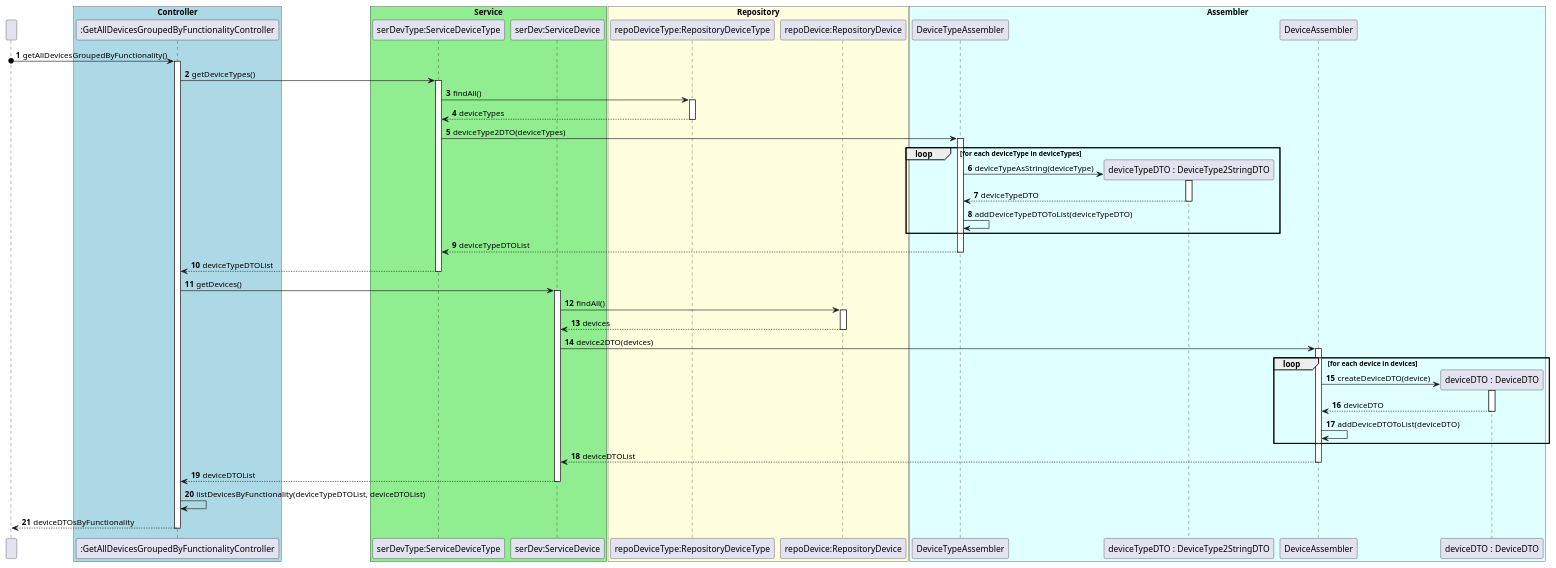
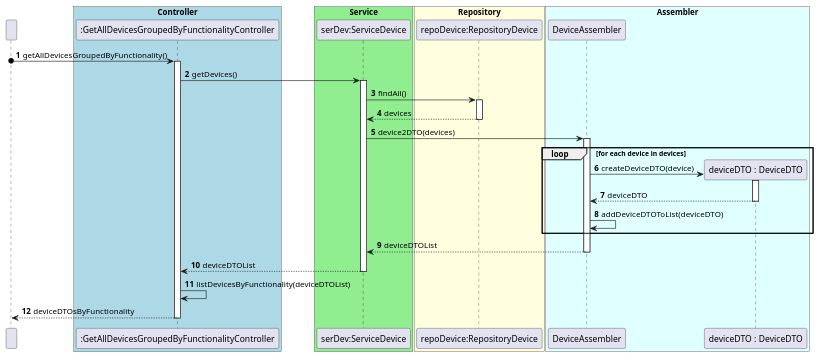
One commit to olivDiogo/SmartHome changed the diagram in docs/ood/sequenceDiagram/US09GetAllDevicesGroupedByFunctionality.puml. Above: the diagram before and after it, drawn with PlantUML.

Commit message:
#102 [UPDATE]: Updated sequence diagram for US09 - deleted 1st half of diagram (device type list).

```diff
--- a/docs/ood/sequenceDiagram/US09GetAllDevicesGroupedByFunctionality.puml
+++ b/docs/ood/sequenceDiagram/US09GetAllDevicesGroupedByFunctionality.puml
@@ -1,120 +1,75 @@
 @startuml
 'https://plantuml.com/sequence-diagram
 !pragma layout smetana
 
 participant " " as User
 
 box "Controller" #LightBlue
 participant ":GetAllDevicesGroupedByFunctionalityController" as GetAllDevicesGroupedByFunctionalityController
 end box
 
 box "Service" #LightGreen
-participant "serDevType:ServiceDeviceType" as ServiceDeviceType
-
 participant "serDev:ServiceDevice" as ServiceDevice
 end box
 
 box "Repository" #LightYellow
-participant "repoDeviceType:RepositoryDeviceType" as RepositoryDeviceType
-
 participant "repoDevice:RepositoryDevice" as RepositoryDevice
 end box
 
 box "Assembler" #LightCyan
-participant "DeviceTypeAssembler" as DeviceTypeAssembler
-
-participant "deviceTypeDTO : DeviceType2StringDTO" as DeviceType2StringDTO
-
 participant "DeviceAssembler" as DeviceAssembler
 
 participant "deviceDTO : DeviceDTO" as DeviceDTO
 end box
 
 autonumber
 
 User o-> GetAllDevicesGroupedByFunctionalityController: getAllDevicesGroupedByFunctionality()
 
 activate GetAllDevicesGroupedByFunctionalityController
-
-GetAllDevicesGroupedByFunctionalityController -> ServiceDeviceType: getDeviceTypes()
-
-activate ServiceDeviceType
-
-ServiceDeviceType -> RepositoryDeviceType: findAll()
-
-activate RepositoryDeviceType
-
-RepositoryDeviceType --> ServiceDeviceType: deviceTypes
-
-deactivate RepositoryDeviceType
-
-ServiceDeviceType -> DeviceTypeAssembler: deviceType2DTO(deviceTypes)
-
-loop for each deviceType in deviceTypes
-    activate DeviceTypeAssembler
-    create DeviceType2StringDTO
-    DeviceTypeAssembler -> DeviceType2StringDTO: deviceTypeAsString(deviceType)
-
-    activate DeviceType2StringDTO
-
-    DeviceType2StringDTO --> DeviceTypeAssembler: deviceTypeDTO
-
-    deactivate DeviceType2StringDTO
-
-    DeviceTypeAssembler -> DeviceTypeAssembler: addDeviceTypeDTOToList(deviceTypeDTO)
-end
-
-DeviceTypeAssembler --> ServiceDeviceType: deviceTypeDTOList
-
-deactivate DeviceTypeAssembler
-
-ServiceDeviceType --> GetAllDevicesGroupedByFunctionalityController : deviceTypeDTOList
-
-deactivate ServiceDeviceType
-
 
 
 GetAllDevicesGroupedByFunctionalityController -> ServiceDevice : getDevices()
 
 activate ServiceDevice
 
 ServiceDevice -> RepositoryDevice: findAll()
 
 activate RepositoryDevice
 
 RepositoryDevice --> ServiceDevice: devices
 
 deactivate RepositoryDevice
 
 ServiceDevice -> DeviceAssembler: device2DTO(devices)
 
 loop for each device in devices
     activate DeviceAssembler
     create DeviceDTO
     DeviceAssembler -> DeviceDTO: createDeviceDTO(device)
 
     activate DeviceDTO
 
     DeviceDTO --> DeviceAssembler: deviceDTO
 
     deactivate DeviceDTO
 
     DeviceAssembler -> DeviceAssembler: addDeviceDTOToList(deviceDTO)
 end
 
 DeviceAssembler --> ServiceDevice: deviceDTOList
 
 deactivate DeviceAssembler
 
 
 ServiceDevice --> GetAllDevicesGroupedByFunctionalityController: deviceDTOList
 
 deactivate ServiceDevice
 
-GetAllDevicesGroupedByFunctionalityController -> GetAllDevicesGroupedByFunctionalityController: listDevicesByFunctionality(deviceTypeDTOList, deviceDTOList)
+GetAllDevicesGroupedByFunctionalityController -> GetAllDevicesGroupedByFunctionalityController: listDevicesByFunctionality(deviceDTOList)
 
 GetAllDevicesGroupedByFunctionalityController --> User: deviceDTOsByFunctionality
 
 deactivate GetAllDevicesGroupedByFunctionalityController
 
 @enduml
```
